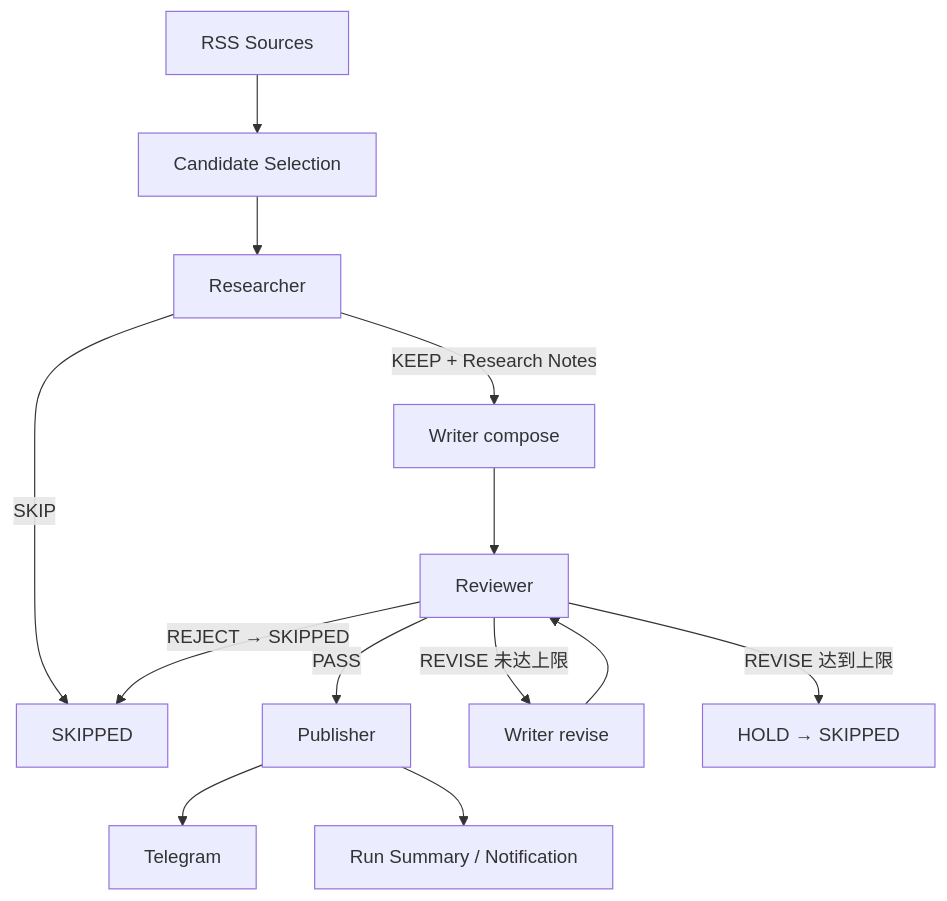
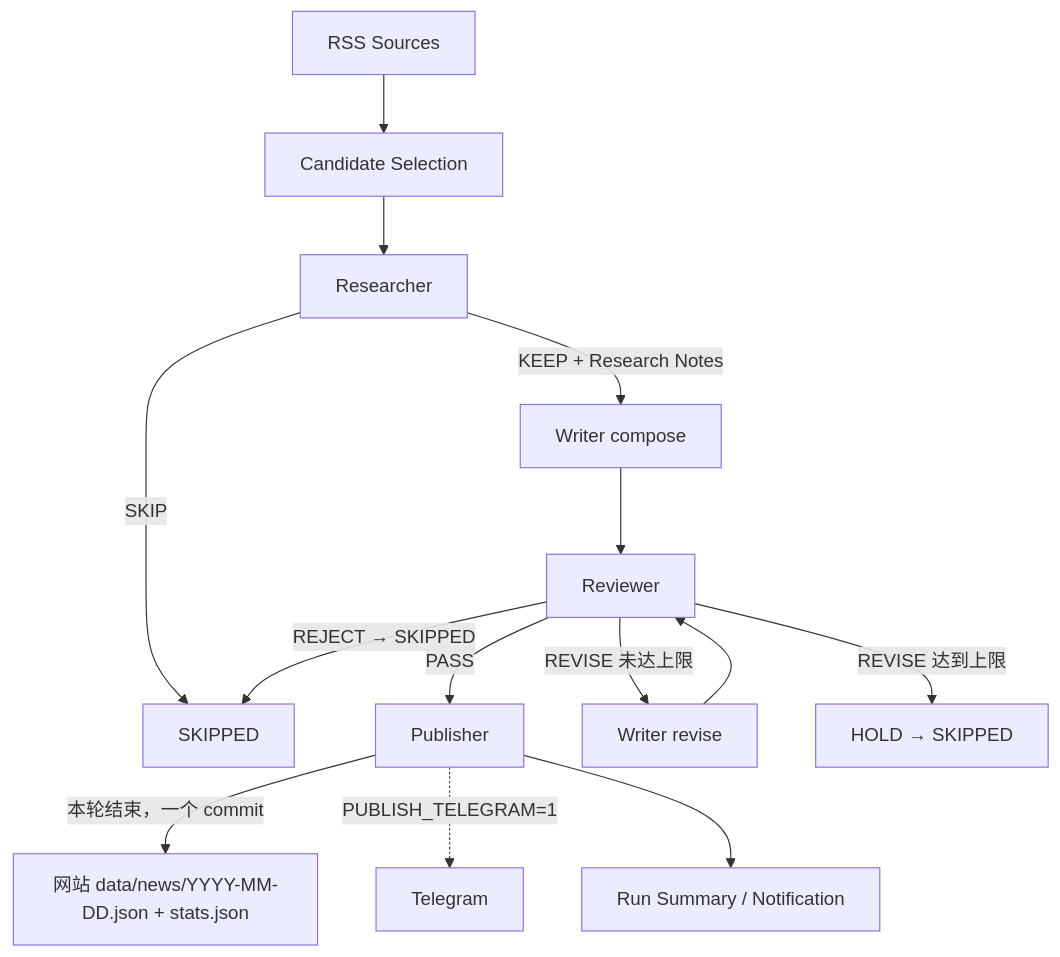
Before and after one commit to MartinKuai/chip-news-ai-workflow: the diagram in README.md, drawn with Mermaid. The commit also changed other lines of this file and 3 other files, not shown here.

````diff
--- a/README.md
+++ b/README.md
@@ -15,15 +15,16 @@
 ```mermaid
 flowchart TD
     A[RSS Sources] --> B[Candidate Selection]
     B --> C[Researcher]
     C -->|SKIP| Z[SKIPPED]
     C -->|KEEP + Research Notes| D[Writer compose]
     D --> E[Reviewer]
     E -->|PASS| F[Publisher]
     E -->|REVISE 未达上限| G[Writer revise]
     G --> E
     E -->|REVISE 达到上限| H[HOLD → SKIPPED]
     E -->|REJECT → SKIPPED| Z
-    F --> I[Telegram]
+    F -->|本轮结束，一个 commit| W[网站 data/news/YYYY-MM-DD.json + stats.json]
+    F -.->|PUBLISH_TELEGRAM=1| I[Telegram]
     F --> J[Run Summary / Notification]
 ```
````
